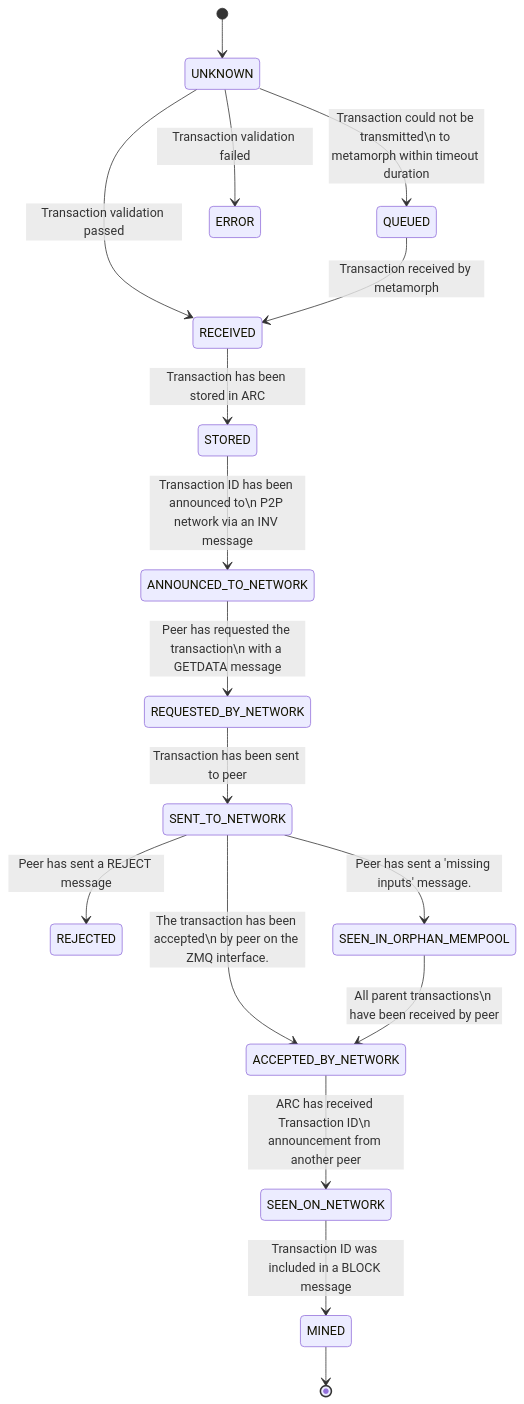
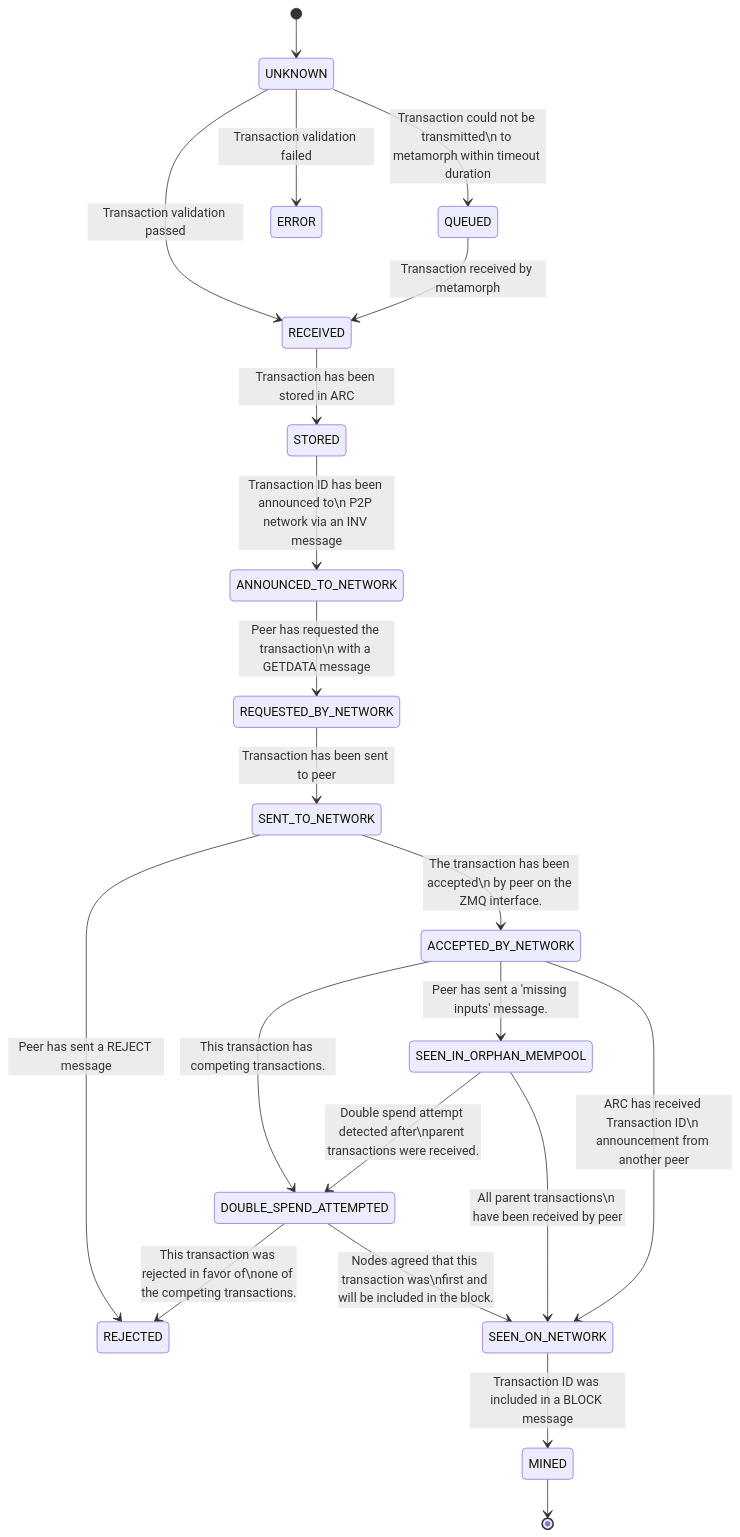
Before and after one commit to bitcoin-sv/arc: the first of 6 diagrams in doc/README.md, drawn with Mermaid. The commit also changed 8 other files, not shown here.

````diff
--- a/doc/README.md
+++ b/doc/README.md
@@ -28,33 +28,38 @@
 ```mermaid
 stateDiagram-v2
     state UNKNOWN
     state QUEUED
     state RECEIVED
     state STORED
     state ANNOUNCED_TO_NETWORK
     state ERROR
     state REQUESTED_BY_NETWORK
     state SENT_TO_NETWORK
     state ACCEPTED_BY_NETWORK
+    state SEEN_IN_ORPHAN_MEMPOOL
+    state DOUBLE_SPEND_ATTEMPTED
     state SEEN_ON_NETWORK
     state REJECTED
-    state SEEN_IN_ORPHAN_MEMPOOL
     state MINED
 
     [*] --> UNKNOWN
     UNKNOWN --> RECEIVED: Transaction validation passed
     UNKNOWN --> QUEUED: Transaction could not be transmitted\n to metamorph within timeout duration
     QUEUED --> RECEIVED: Transaction received by metamorph
     UNKNOWN --> ERROR: Transaction validation failed
     RECEIVED --> STORED: Transaction has been stored in ARC
     STORED --> ANNOUNCED_TO_NETWORK: Transaction ID has been announced to\n P2P network via an INV message
     ANNOUNCED_TO_NETWORK --> REQUESTED_BY_NETWORK: Peer has requested the transaction\n with a GETDATA message
     REQUESTED_BY_NETWORK --> SENT_TO_NETWORK: Transaction has been sent to peer
     SENT_TO_NETWORK --> REJECTED: Peer has sent a REJECT message
-    SENT_TO_NETWORK --> SEEN_IN_ORPHAN_MEMPOOL: Peer has sent a 'missing inputs' message.
     SENT_TO_NETWORK --> ACCEPTED_BY_NETWORK: The transaction has been accepted\n by peer on the ZMQ interface.
-    SEEN_IN_ORPHAN_MEMPOOL --> ACCEPTED_BY_NETWORK: All parent transactions\n have been received by peer
+    ACCEPTED_BY_NETWORK --> DOUBLE_SPEND_ATTEMPTED: This transaction has competing transactions.
+    DOUBLE_SPEND_ATTEMPTED --> SEEN_ON_NETWORK: Nodes agreed that this transaction was\nfirst and will be included in the block.
+    DOUBLE_SPEND_ATTEMPTED --> REJECTED: This transaction was rejected in favor of\none of the competing transactions.
+    ACCEPTED_BY_NETWORK --> SEEN_IN_ORPHAN_MEMPOOL: Peer has sent a 'missing inputs' message.
+    SEEN_IN_ORPHAN_MEMPOOL --> SEEN_ON_NETWORK: All parent transactions\n have been received by peer
+    SEEN_IN_ORPHAN_MEMPOOL --> DOUBLE_SPEND_ATTEMPTED: Double spend attempt detected after\nparent transactions were received.
     ACCEPTED_BY_NETWORK --> SEEN_ON_NETWORK: ARC has received Transaction ID\n announcement from another peer
     SEEN_ON_NETWORK --> MINED: Transaction ID was included in a BLOCK message
     MINED --> [*]
 ```
````
